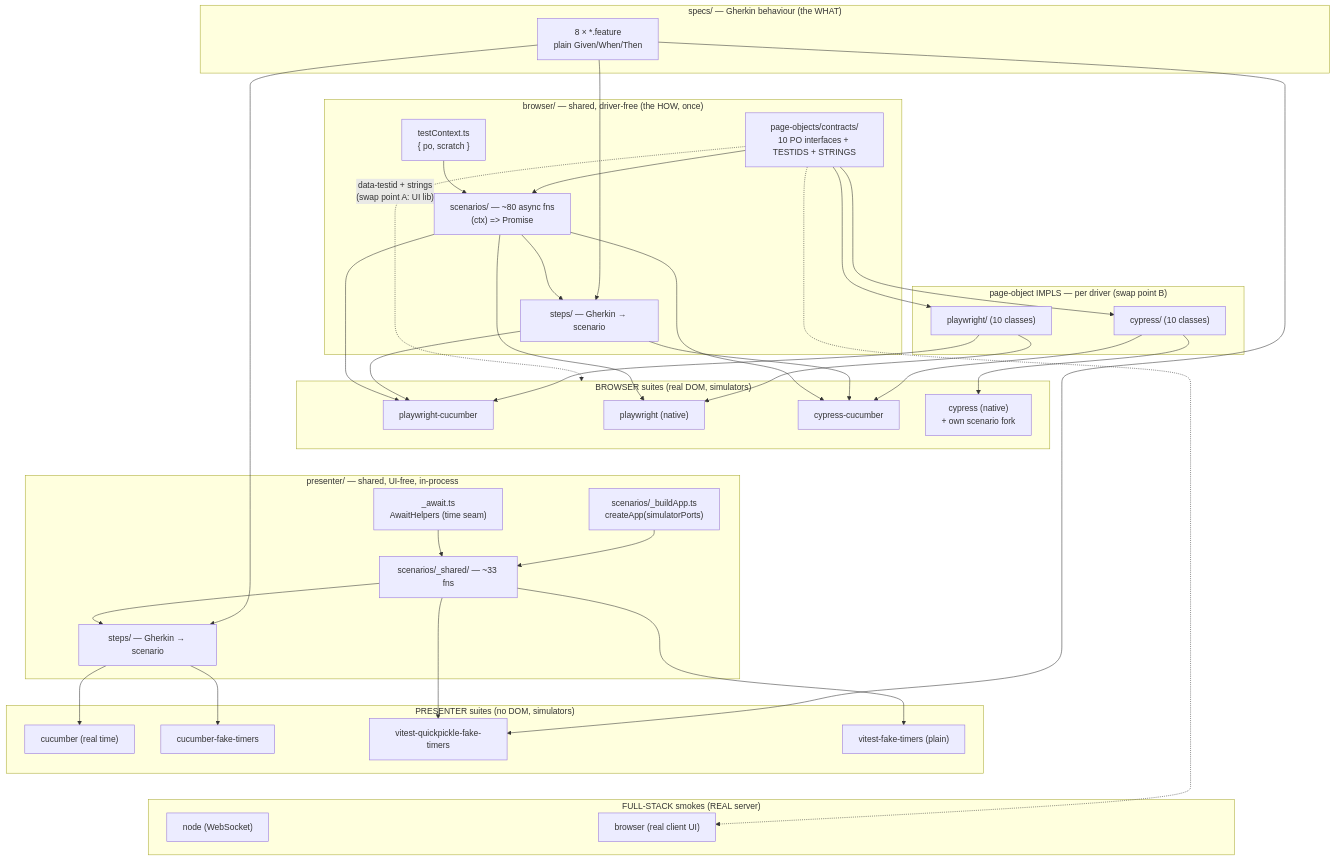
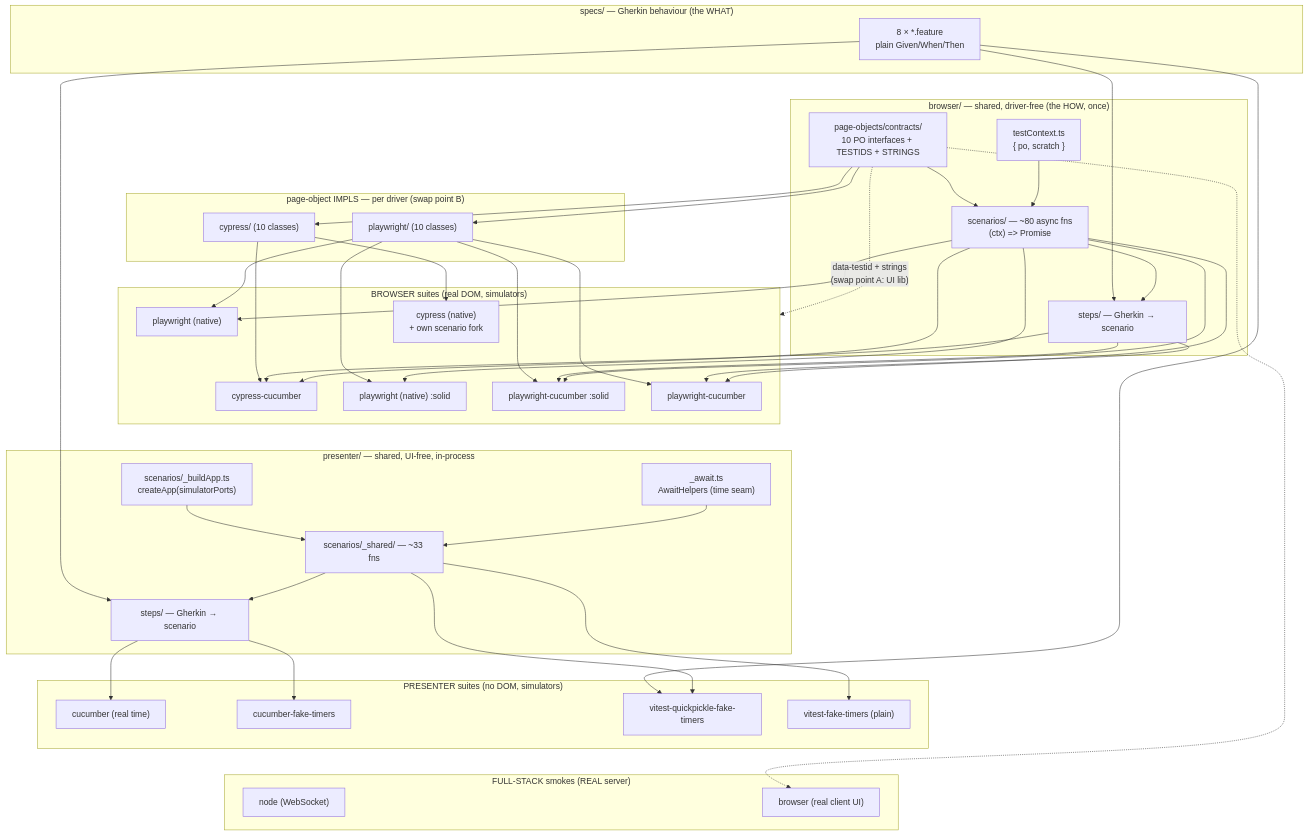
Before and after one commit to bettersoftware-io/ReactiveTraderCloudClone: the diagram in tests/STRATEGY.md, drawn with Mermaid. The commit also changed other lines of this file and 6 other files, not shown here.

```diff
--- a/tests/STRATEGY.md
+++ b/tests/STRATEGY.md
@@ -180,6 +180,8 @@
         B2["playwright-cucumber"]
         B3["cypress-cucumber"]
         B4["cypress (native)<br/>+ own scenario fork"]
+        B5["playwright (native) :solid"]
+        B6["playwright-cucumber :solid"]
     end
 
     subgraph PRES["PRESENTER suites (no DOM, simulators)"]
@@ -207,11 +209,16 @@
     PWPO --> B2
     CYPO --> B3
     CYPO --> B4
+    PWPO --> B5
+    PWPO --> B6
     BSTEPS --> B2
     BSTEPS --> B3
+    BSTEPS --> B6
     BSCEN --> B1
     BSCEN --> B2
     BSCEN --> B3
+    BSCEN --> B5
+    BSCEN --> B6
 
     BUILD --> PSCEN
     AWAIT --> PSCEN
@@ -228,6 +235,7 @@
     %% doesn't tile the subgraphs side-by-side and shrink the whole diagram.
     FEAT ~~~ CONTRACTS
     FEAT ~~~ BCTX
+    B4 ~~~ B5
     B1 ~~~ BUILD
     B2 ~~~ AWAIT
     P2 ~~~ F1
```
